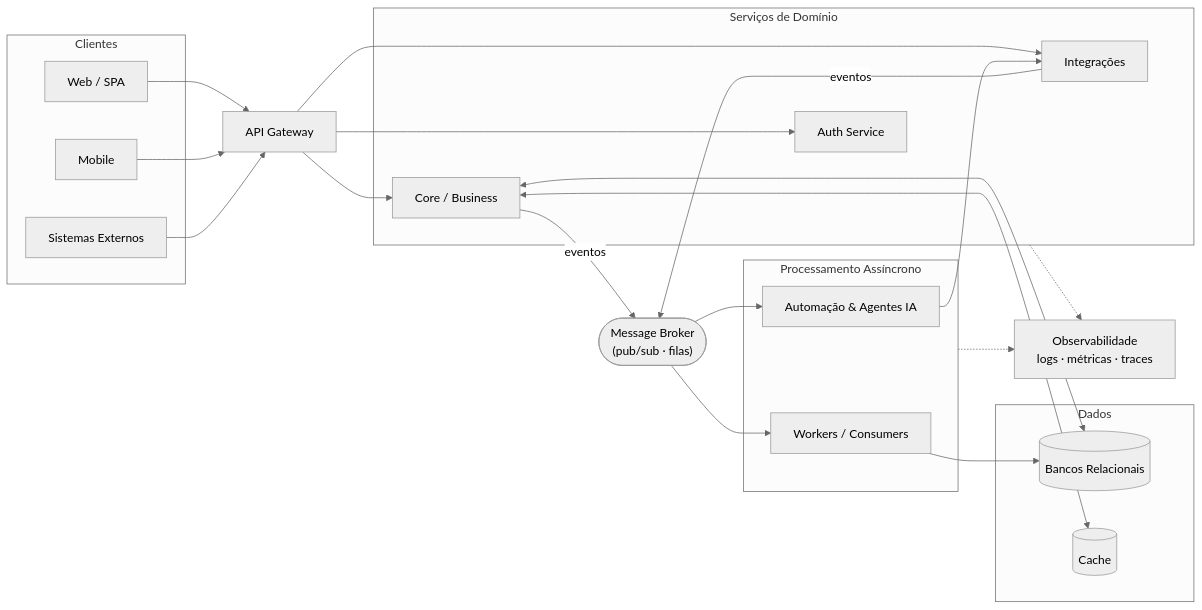
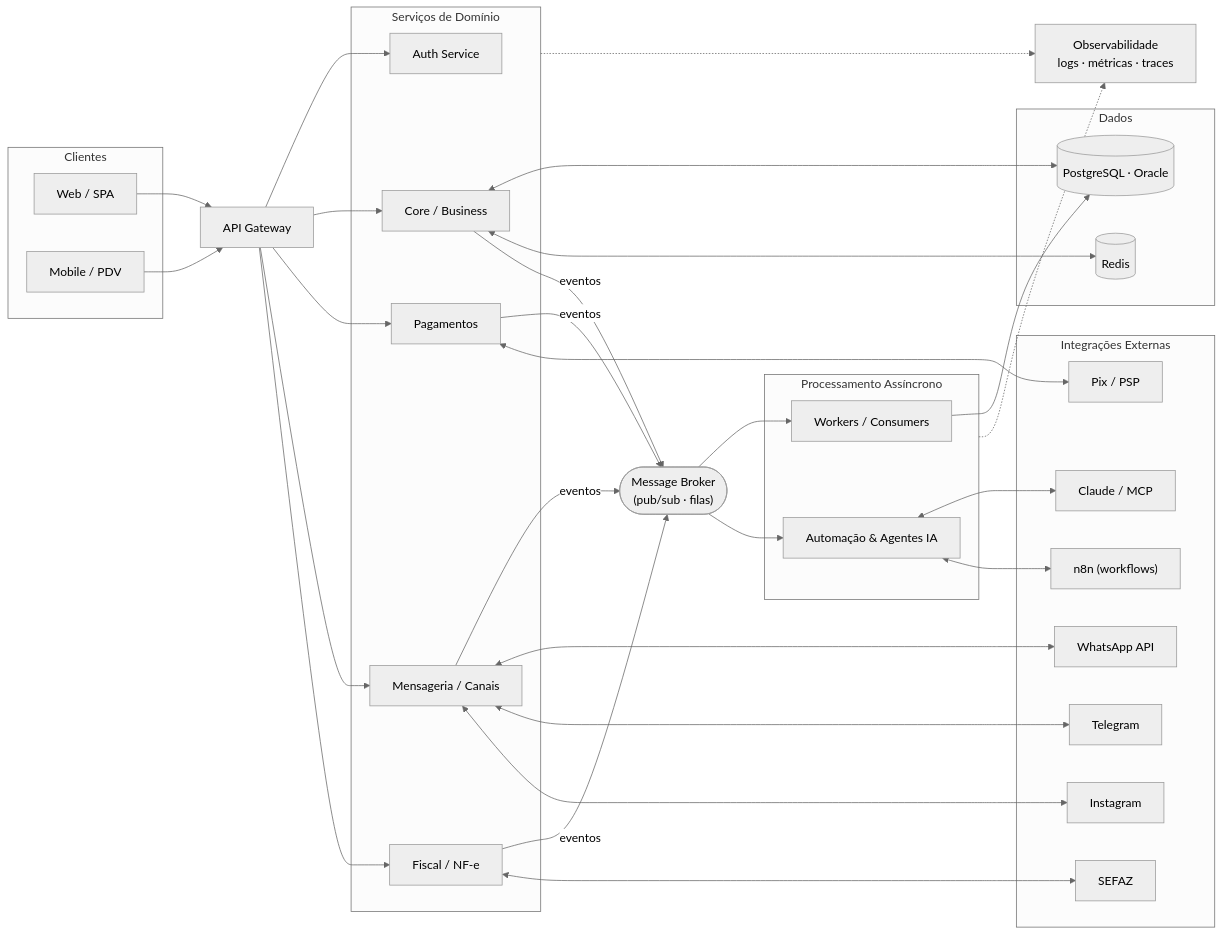
The diagram in README.md (GussCloud/GussCloud), drawn with Mermaid (neutral theme) before and after one commit. The commit also changed other lines of this file, not shown here.

Commit message:
docs: ajusta diagrama com integrações reais (Pix, WhatsApp, Telegram, Instagram, n8n, NF-e, MCP)

````diff
--- a/README.md
+++ b/README.md
@@ -58,47 +58,71 @@
 ```mermaid
 flowchart LR
     subgraph Clients["Clientes"]
         Web["Web / SPA"]
-        Mobile["Mobile"]
-        Ext["Sistemas Externos"]
+        Mobile["Mobile / PDV"]
     end
 
     GW["API Gateway"]
 
     subgraph Services["Serviços de Domínio"]
         Auth["Auth Service"]
         Core["Core / Business"]
-        Integ["Integrações"]
+        Pay["Pagamentos"]
+        Msg["Mensageria / Canais"]
+        Fiscal["Fiscal / NF-e"]
     end
 
     Broker(["Message Broker<br/>(pub/sub · filas)"])
 
     subgraph Workers["Processamento Assíncrono"]
         W1["Workers / Consumers"]
         Auto["Automação & Agentes IA"]
     end
 
     subgraph Data["Dados"]
-        DB[("Bancos Relacionais")]
-        Cache[("Cache")]
+        DB[("PostgreSQL · Oracle")]
+        Cache[("Redis")]
+    end
+
+    subgraph External["Integrações Externas"]
+        Pix["Pix / PSP"]
+        Wpp["WhatsApp API"]
+        TG["Telegram"]
+        IG["Instagram"]
+        N8N["n8n (workflows)"]
+        LLM["Claude / MCP"]
+        SEFAZ["SEFAZ"]
     end
 
     Obs["Observabilidade<br/>logs · métricas · traces"]
 
     Web --> GW
     Mobile --> GW
-    Ext --> GW
     GW --> Auth
     GW --> Core
-    GW --> Integ
+    GW --> Pay
+    GW --> Msg
+    GW --> Fiscal
+
     Core <--> DB
     Core <--> Cache
     Core -- eventos --> Broker
-    Integ -- eventos --> Broker
+    Pay -- eventos --> Broker
+    Msg -- eventos --> Broker
+    Fiscal -- eventos --> Broker
+
     Broker --> W1
     Broker --> Auto
     W1 --> DB
-    Auto --> Integ
+
+    Pay <--> Pix
+    Msg <--> Wpp
+    Msg <--> TG
+    Msg <--> IG
+    Fiscal <--> SEFAZ
+    Auto <--> LLM
+    Auto <--> N8N
+
     Services -.-> Obs
     Workers -.-> Obs
 ```
````
